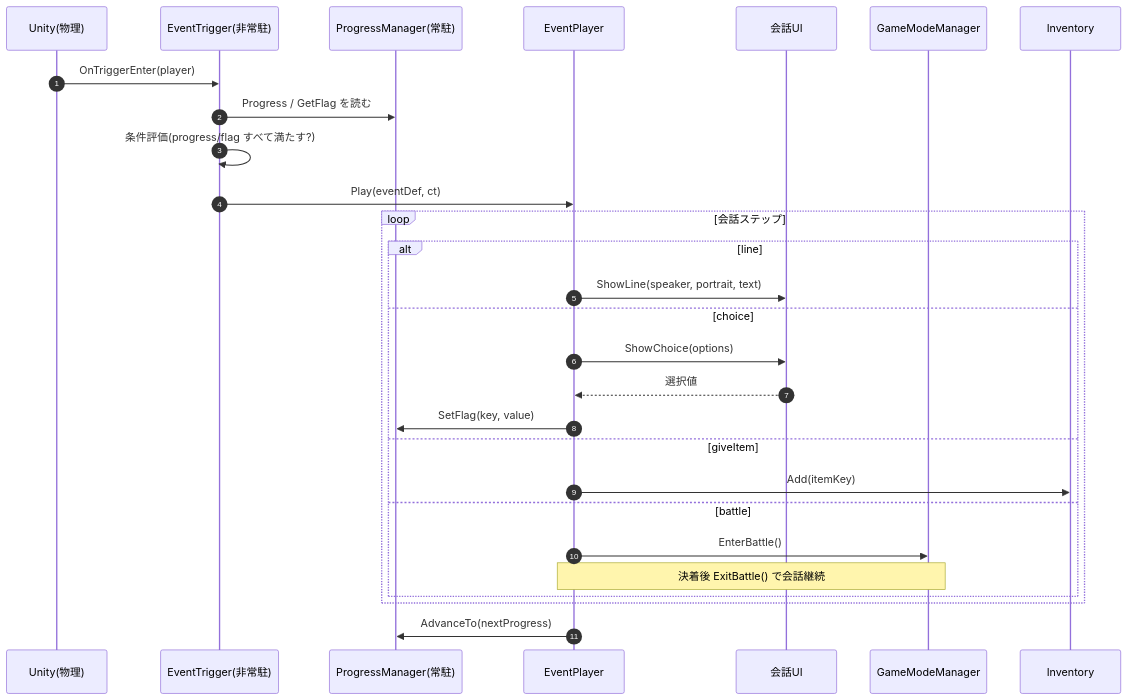
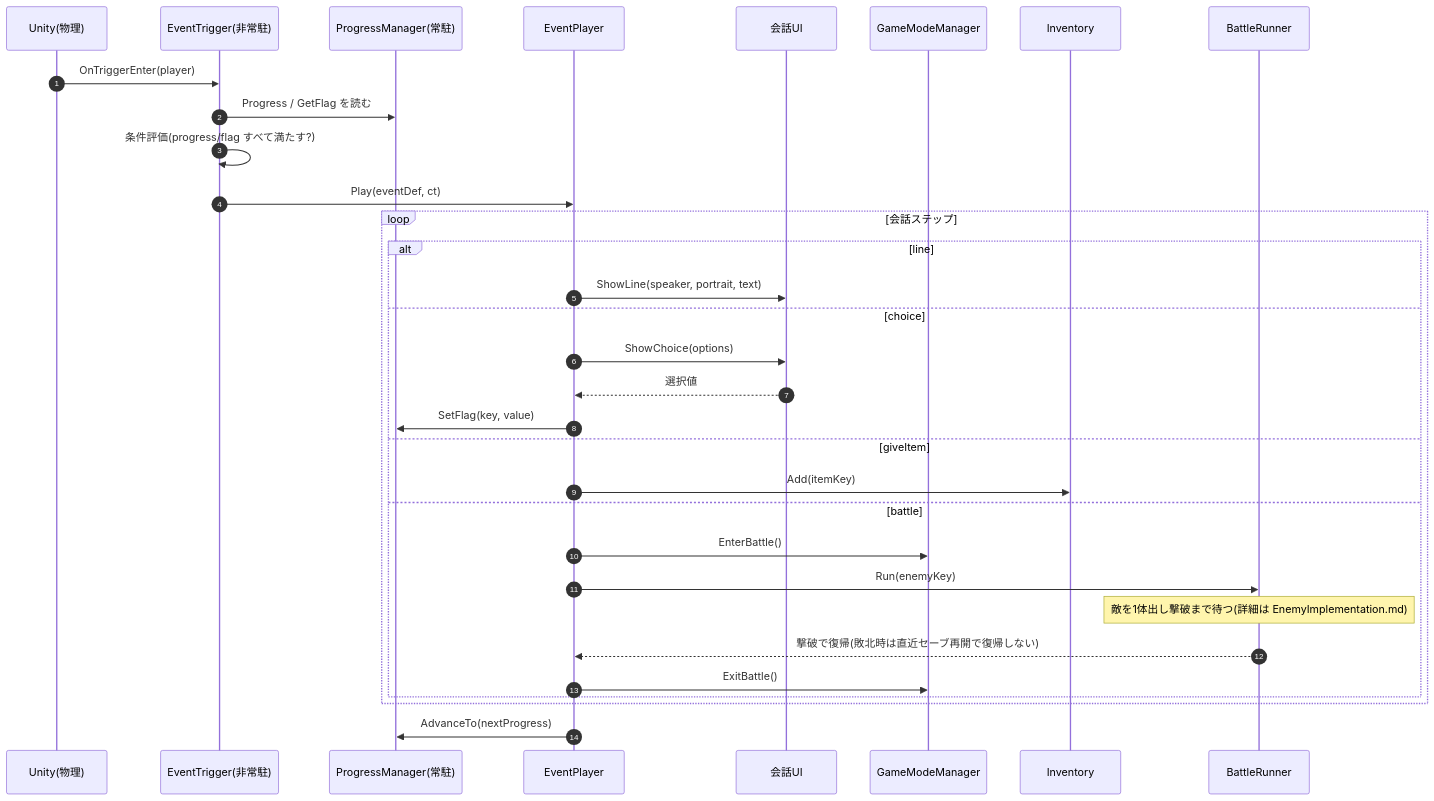
The diagram in EventImplementation.md (CreativeAI2026/documents), drawn with Mermaid before and after one commit. The commit also changed other lines of this file, not shown here.

Commit message:
EventPlayer常駐化に合わせEventTrigger配線手順とbattleフロー図を更新

````diff
--- a/EventImplementation.md
+++ b/EventImplementation.md
@@ -44,31 +45,35 @@
 ```mermaid
 sequenceDiagram
     autonumber
     participant U as Unity(物理)
     participant ET as EventTrigger(非常駐)
     participant PM as ProgressManager(常駐)
     participant EP as EventPlayer
     participant TALK as 会話UI
     participant GMM as GameModeManager
     participant INV as Inventory
+    participant BR as BattleRunner
 
     U->>ET: OnTriggerEnter(player)
     ET->>PM: Progress / GetFlag を読む
     ET->>ET: 条件評価(progress/flag すべて満たす?)
     ET->>EP: Play(eventDef, ct)
     loop 会話ステップ
         alt line
             EP->>TALK: ShowLine(speaker, portrait, text)
         else choice
             EP->>TALK: ShowChoice(options)
             TALK-->>EP: 選択値
             EP->>PM: SetFlag(key, value)
         else giveItem
             EP->>INV: Add(itemKey)
         else battle
             EP->>GMM: EnterBattle()
-            Note over EP,GMM: 決着後 ExitBattle() で会話継続
+            EP->>BR: Run(enemyKey)
+            Note over BR: 敵を1体出し撃破まで待つ(詳細は EnemyImplementation.md)
+            BR-->>EP: 撃破で復帰(敗北時は直近セーブ再開で復帰しない)
+            EP->>GMM: ExitBattle()
         end
     end
     EP->>PM: AdvanceTo(nextProgress)
 ```
````
